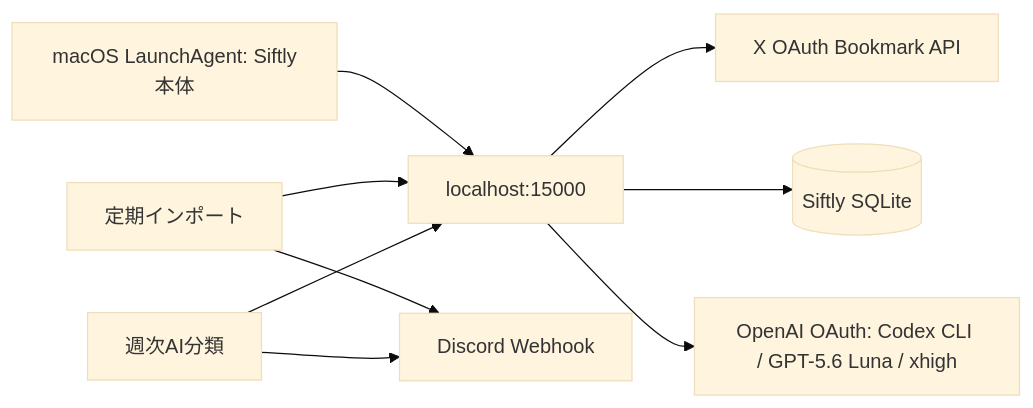
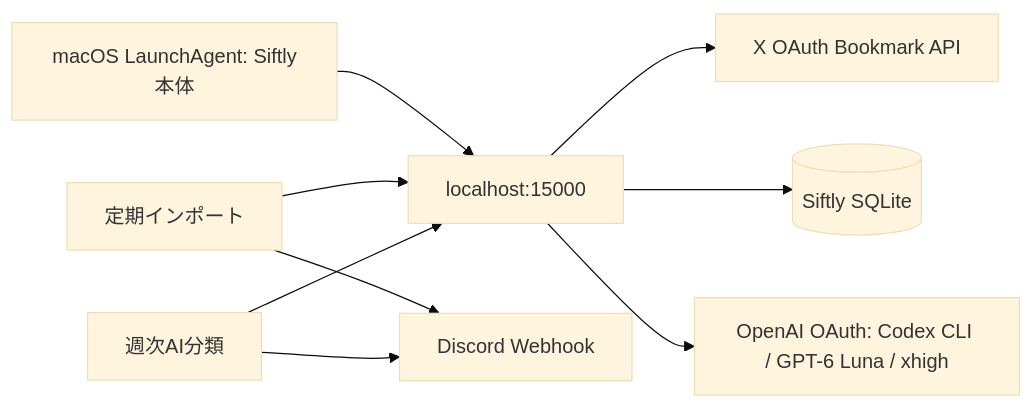
One commit to moemic/Siftly changed the diagram in .codex/plans/2026-09-26-siftly-work-ledger.md. Above: the diagram before and after it, drawn with Mermaid (base theme). The commit also changed other lines of this file and 2 other files, not shown here.

````diff
--- a/.codex/plans/2026-09-26-siftly-work-ledger.md
+++ b/.codex/plans/2026-09-26-siftly-work-ledger.md
@@ -18,11 +18,11 @@
 ```mermaid
 flowchart LR
   S[macOS LaunchAgent: Siftly本体] --> A[localhost:15000]
   I[定期インポート] --> A
   C[週次AI分類] --> A
   A --> X[X OAuth Bookmark API]
   A --> DB[(Siftly SQLite)]
-  A --> L[OpenAI OAuth: Codex CLI / GPT-5.6 Luna / xhigh]
+  A --> L[OpenAI OAuth: Codex CLI / GPT-6 Luna / xhigh]
   I --> D[Discord Webhook]
   C --> D
 ```
````
